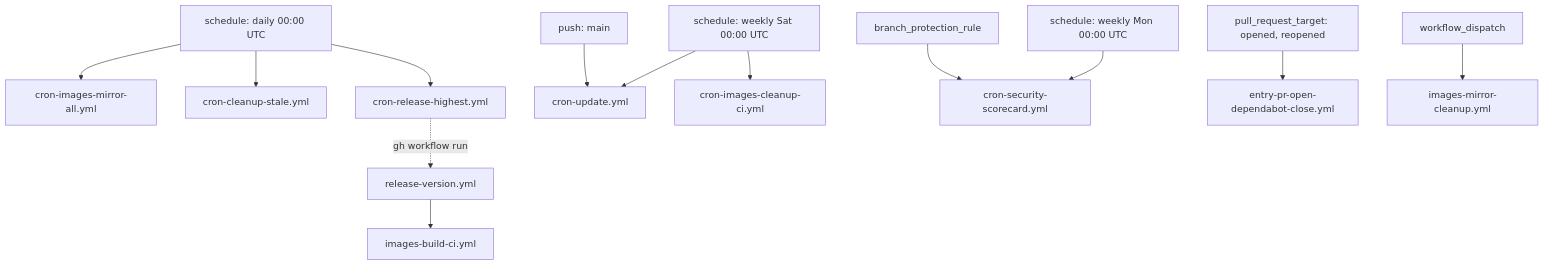
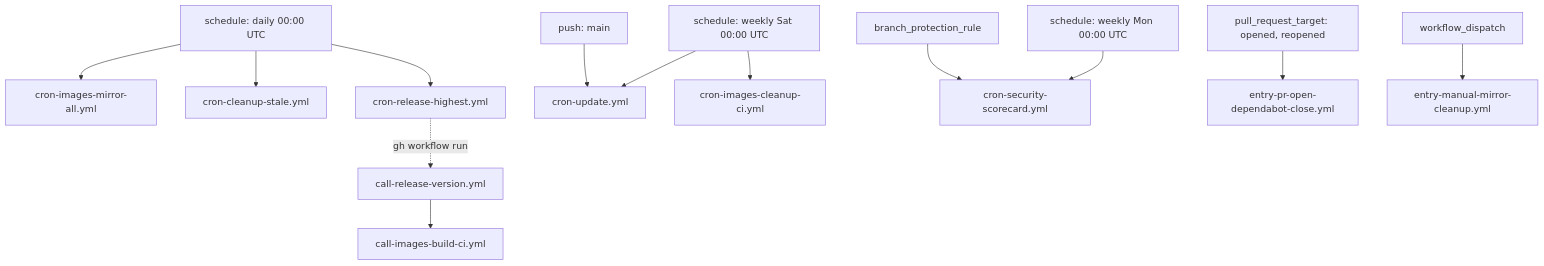
One commit to AlejandroRomanIbanez/infinito-nexus changed the third of 3 diagrams in .github/workflows/README.md. Above: the diagram before and after it, drawn with Mermaid. The commit also changed other lines of this file and 2 other files, not shown here.

````diff
--- a/.github/workflows/README.md
+++ b/.github/workflows/README.md
@@ -292,16 +292,16 @@
 ```mermaid
 flowchart TB
     daily["schedule: daily 00:00 UTC"] --> mirrorall["cron-images-mirror-all.yml"]
     daily --> stale["cron-cleanup-stale.yml"]
     daily --> relhighest["cron-release-highest.yml"]
     weekly["schedule: weekly Sat 00:00 UTC"] --> updatewf["cron-update.yml"]
     weekly --> cleanupci["cron-images-cleanup-ci.yml"]
     weeklymon["schedule: weekly Mon 00:00 UTC"] --> scorecard["cron-security-scorecard.yml"]
     branchprot["branch_protection_rule"] --> scorecard
     pushmain["push: main"] --> updatewf
     prtarget["pull_request_target: opened, reopened"] --> depclose["entry-pr-open-dependabot-close.yml"]
 
-    relhighest -.->|"gh workflow run"| relver["release-version.yml"]
-    relver --> imgbuildci["images-build-ci.yml"]
-    manual["workflow_dispatch"] --> mirrorcleanup["images-mirror-cleanup.yml"]
+    relhighest -.->|"gh workflow run"| relver["call-release-version.yml"]
+    relver --> imgbuildci["call-images-build-ci.yml"]
+    manual["workflow_dispatch"] --> mirrorcleanup["entry-manual-mirror-cleanup.yml"]
 ```
````
